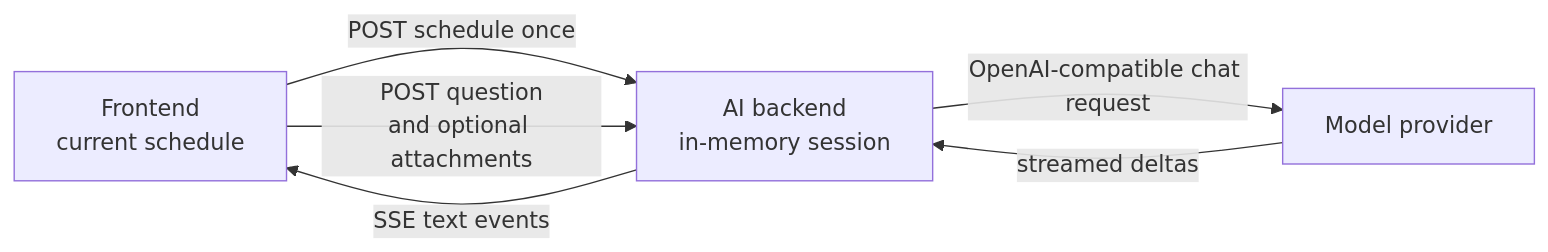
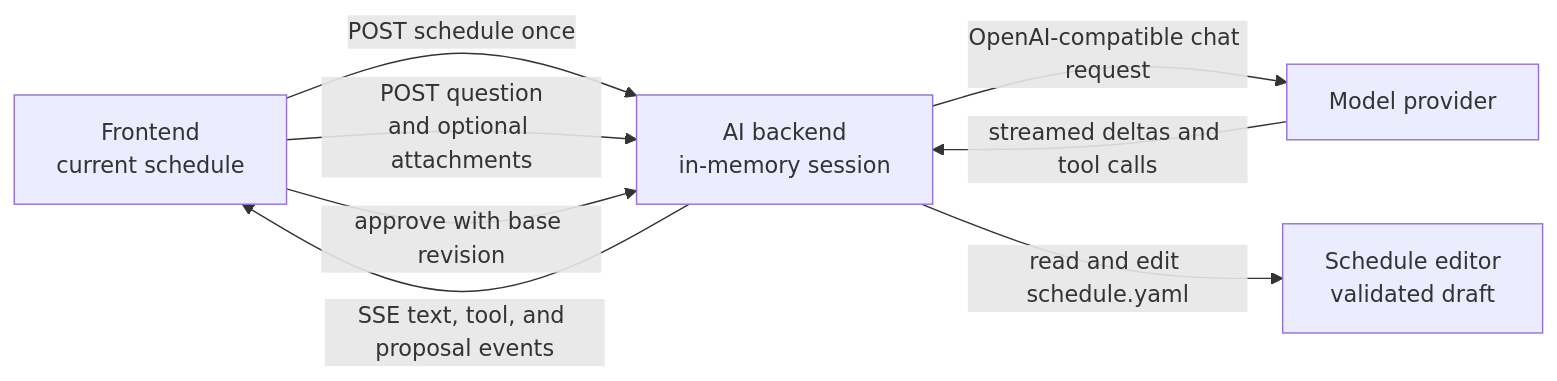
The diagram in docs/content/ai-assistant.md (j3soon/nurse-scheduling), drawn with Mermaid before and after one commit. The commit also changed other lines of this file and 6 other files, not shown here.

First line of the commit message:
feat(web-frontend): review and approve proposed schedule changes

````diff
--- a/docs/content/ai-assistant.md
+++ b/docs/content/ai-assistant.md
@@ -41,8 +43,10 @@
 ```mermaid
 flowchart LR
     Browser[Frontend<br/>current schedule] -->|POST schedule once| Session[AI backend<br/>in-memory session]
     Browser -->|POST question<br/>and optional attachments| Session
     Session -->|OpenAI-compatible chat request| Provider[Model provider]
-    Provider -->|streamed deltas| Session
-    Session -->|SSE text events| Browser
+    Provider -->|streamed deltas and tool calls| Session
+    Session -->|read and edit schedule.yaml| Editor[Schedule editor<br/>validated draft]
+    Session -->|SSE text, tool, and proposal events| Browser
+    Browser -->|approve with base revision| Session
 ```
````
